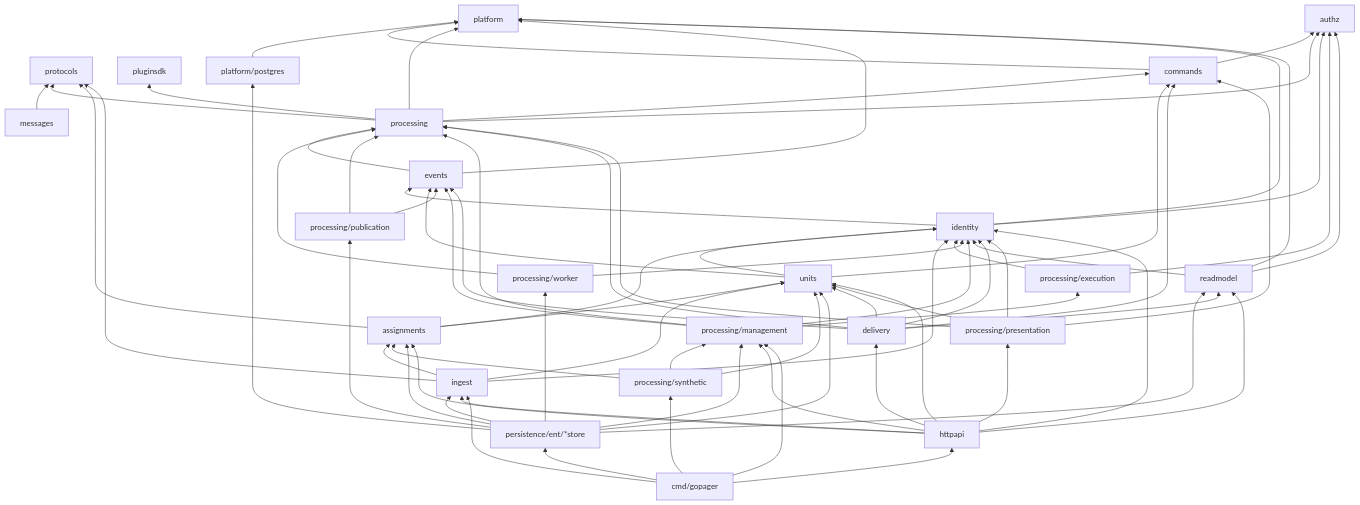
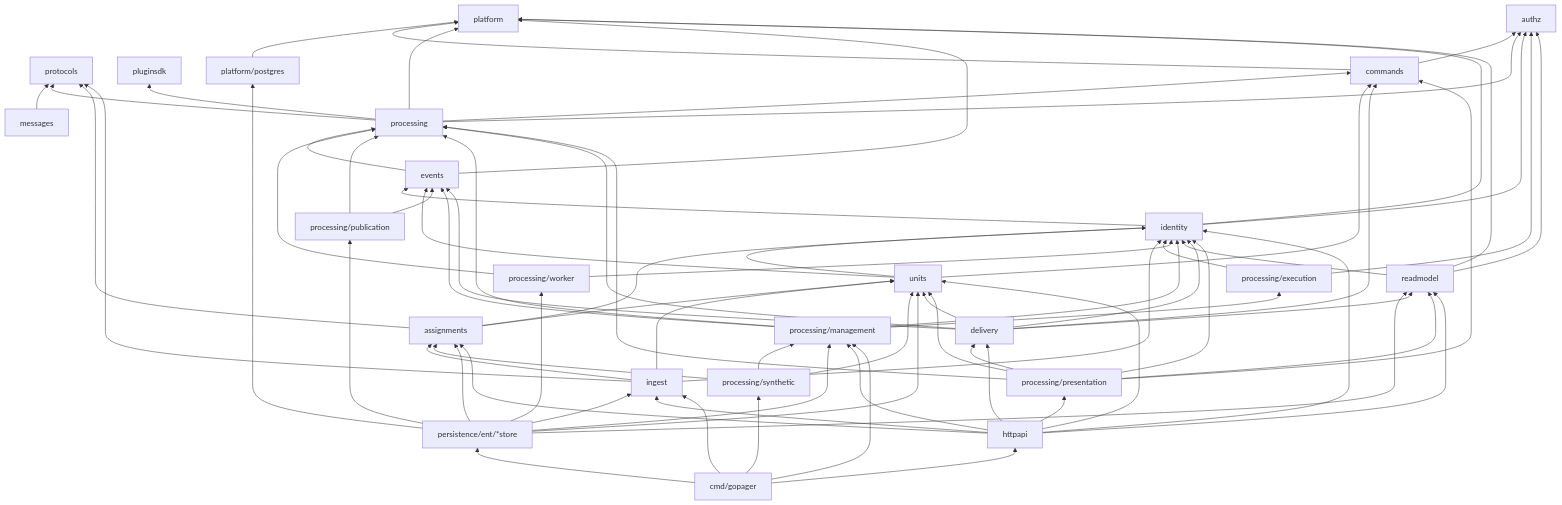
Before and after one commit to gopager/gopager: the third of 7 diagrams in docs/architecture.md, drawn with Mermaid. The commit also changed other lines of this file and 178 other files, not shown here.

First line of the commit message:
feat(processing): presentation layers, cards, preferences and historical Reprocess (#11)

````diff
--- a/docs/architecture.md
+++ b/docs/architecture.md
@@ -175,27 +181,27 @@
 ```mermaid
 flowchart BT
     platform
     authz
     protocols
     pluginsdk
     postgres[platform/postgres] --> platform
     commands --> authz & platform
     messages --> protocols
     processing --> authz & commands & platform & protocols & pluginsdk
     events --> platform & processing
     identity --> authz & events & platform
     units --> identity & commands & events
     assignments --> units & identity & protocols
     ingest --> assignments & identity & protocols & units
     pexec[processing/execution] --> identity & authz
     pworker[processing/worker] --> processing & identity
     ppub[processing/publication] --> processing & events
     pmgmt[processing/management] --> processing & pexec & identity & events
     psyn[processing/synthetic] --> pmgmt & assignments & units
     stores[persistence/ent/*store] --> postgres & ingest & assignments & units & pworker & ppub & pmgmt & readmodel
     readmodel --> authz & identity & platform
     delivery --> readmodel & processing & events & identity & commands & units
-    ppres[processing/presentation] --> processing & identity & commands & units
+    ppres[processing/presentation] --> processing & identity & commands & units & delivery & readmodel
     httpapi --> identity & units & assignments & ingest & pmgmt & readmodel & delivery & ppres
     cmd[cmd/gopager] --> stores & httpapi & ingest & pmgmt & psyn
 ```
````
